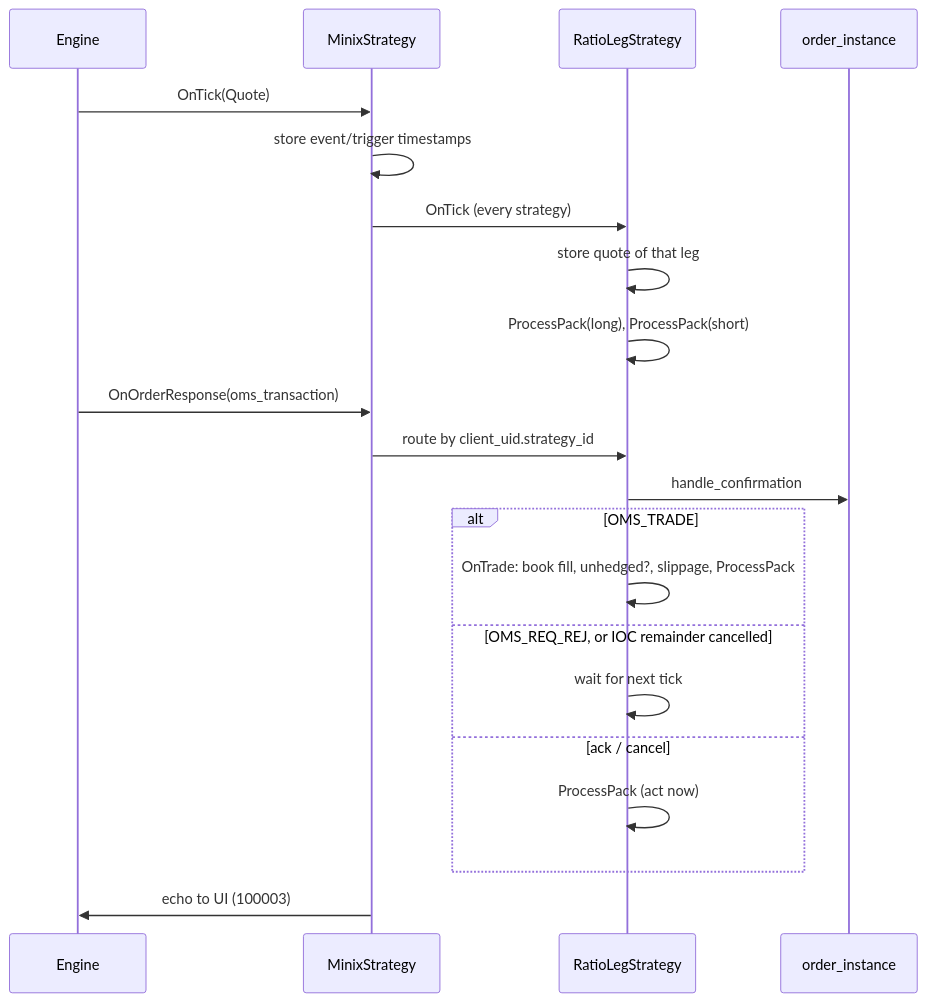
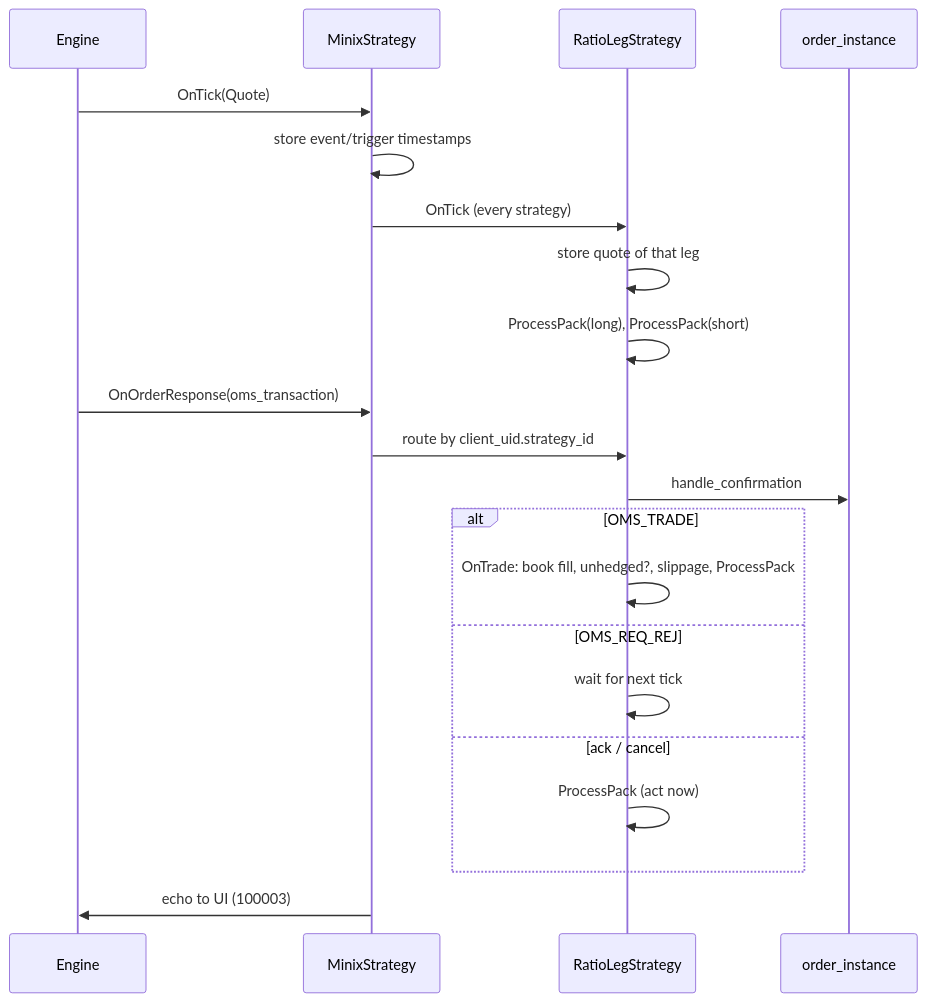
Before and after one commit to kingofknights/ConvexStrategy: the second of 3 diagrams in project_flow_documentation.md, drawn with Mermaid. The commit also changed other lines of this file and 7 other files, not shown here.

````diff
--- a/project_flow_documentation.md
+++ b/project_flow_documentation.md
@@ -79,25 +79,25 @@
 ```mermaid
 sequenceDiagram
     participant Engine
     participant Hub as MinixStrategy
     participant Strategy as RatioLegStrategy
     participant Order as order_instance
 
     Engine->>Hub: OnTick(Quote)
     Hub->>Hub: store event/trigger timestamps
     Hub->>Strategy: OnTick (every strategy)
     Strategy->>Strategy: store quote of that leg
     Strategy->>Strategy: ProcessPack(long), ProcessPack(short)
 
     Engine->>Hub: OnOrderResponse(oms_transaction)
     Hub->>Strategy: route by client_uid.strategy_id
     Strategy->>Order: handle_confirmation
     alt OMS_TRADE
         Strategy->>Strategy: OnTrade: book fill, unhedged?, slippage, ProcessPack
-    else OMS_REQ_REJ, or IOC remainder cancelled
+    else OMS_REQ_REJ
         Strategy->>Strategy: wait for next tick
     else ack / cancel
         Strategy->>Strategy: ProcessPack (act now)
     end
     Hub->>Engine: echo to UI (100003)
 ```
````
